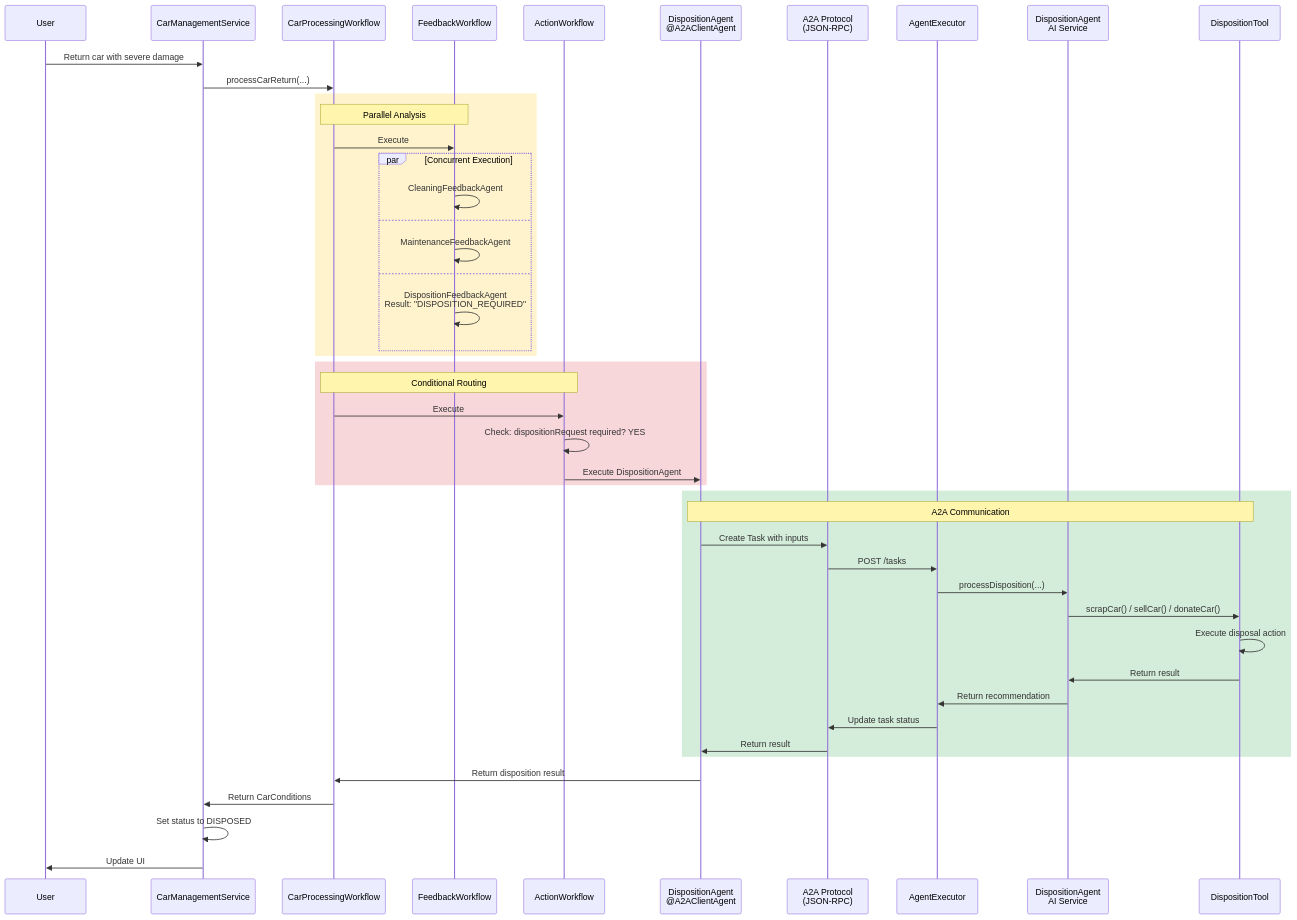
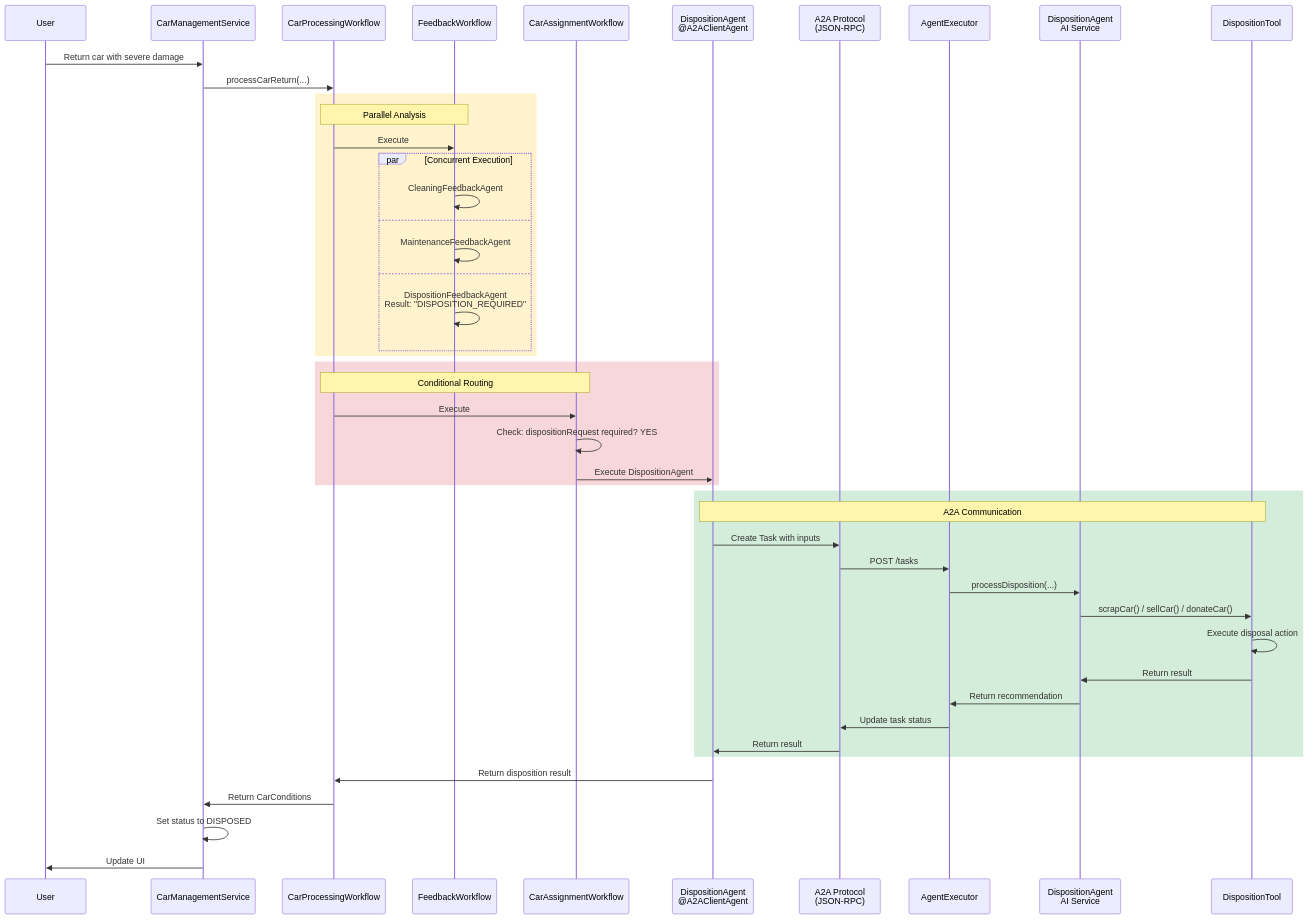
The fourth of 4 diagrams in docs/docs/section-2/step-04.md (quarkusio/quarkus-workshop-langchain4j), drawn with Mermaid before and after one commit. The commit also changed other lines of this file and 6 other files, not shown here.

````diff
--- a/docs/docs/section-2/step-04.md
+++ b/docs/docs/section-2/step-04.md
@@ -751,53 +751,53 @@
 ```mermaid
 sequenceDiagram
     participant User
     participant Service as CarManagementService
     participant Workflow as CarProcessingWorkflow
     participant FeedbackWF as FeedbackWorkflow
-    participant ActionWF as ActionWorkflow
+    participant ActionWF as CarAssignmentWorkflow
     participant Client as DispositionAgent<br/>@A2AClientAgent
     participant A2A as A2A Protocol<br/>(JSON-RPC)
     participant Executor as AgentExecutor
     participant Remote as DispositionAgent<br/>AI Service
     participant Tool as DispositionTool
 
     User->>Service: Return car with severe damage
     Service->>Workflow: processCarReturn(...)
 
     rect rgb(255, 243, 205)
     Note over Workflow,FeedbackWF: Parallel Analysis
     Workflow->>FeedbackWF: Execute
     par Concurrent Execution
         FeedbackWF->>FeedbackWF: CleaningFeedbackAgent
     and
         FeedbackWF->>FeedbackWF: MaintenanceFeedbackAgent
     and
         FeedbackWF->>FeedbackWF: DispositionFeedbackAgent<br/>Result: "DISPOSITION_REQUIRED"
     end
     end
 
     rect rgb(248, 215, 218)
     Note over Workflow,ActionWF: Conditional Routing
     Workflow->>ActionWF: Execute
     ActionWF->>ActionWF: Check: dispositionRequest required? YES
     ActionWF->>Client: Execute DispositionAgent
     end
 
     rect rgb(212, 237, 218)
     Note over Client,Tool: A2A Communication
     Client->>A2A: Create Task with inputs
     A2A->>Executor: POST /tasks
     Executor->>Remote: processDisposition(...)
     Remote->>Tool: scrapCar() / sellCar() / donateCar()
     Tool->>Tool: Execute disposal action
     Tool->>Remote: Return result
     Remote->>Executor: Return recommendation
     Executor->>A2A: Update task status
     A2A->>Client: Return result
     end
 
     Client->>Workflow: Return disposition result
     Workflow->>Service: Return CarConditions
     Service->>Service: Set status to DISPOSED
     Service->>User: Update UI
 ```
````
